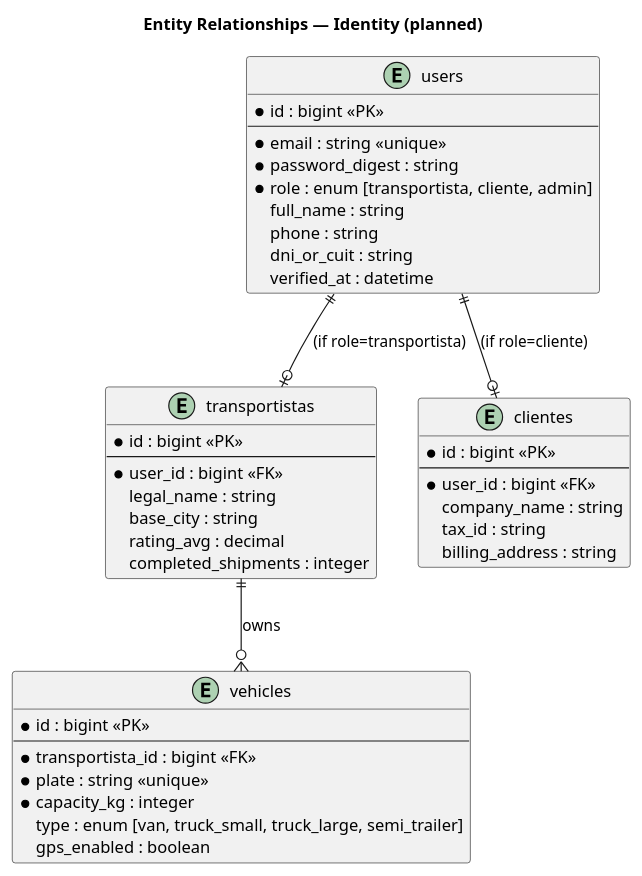
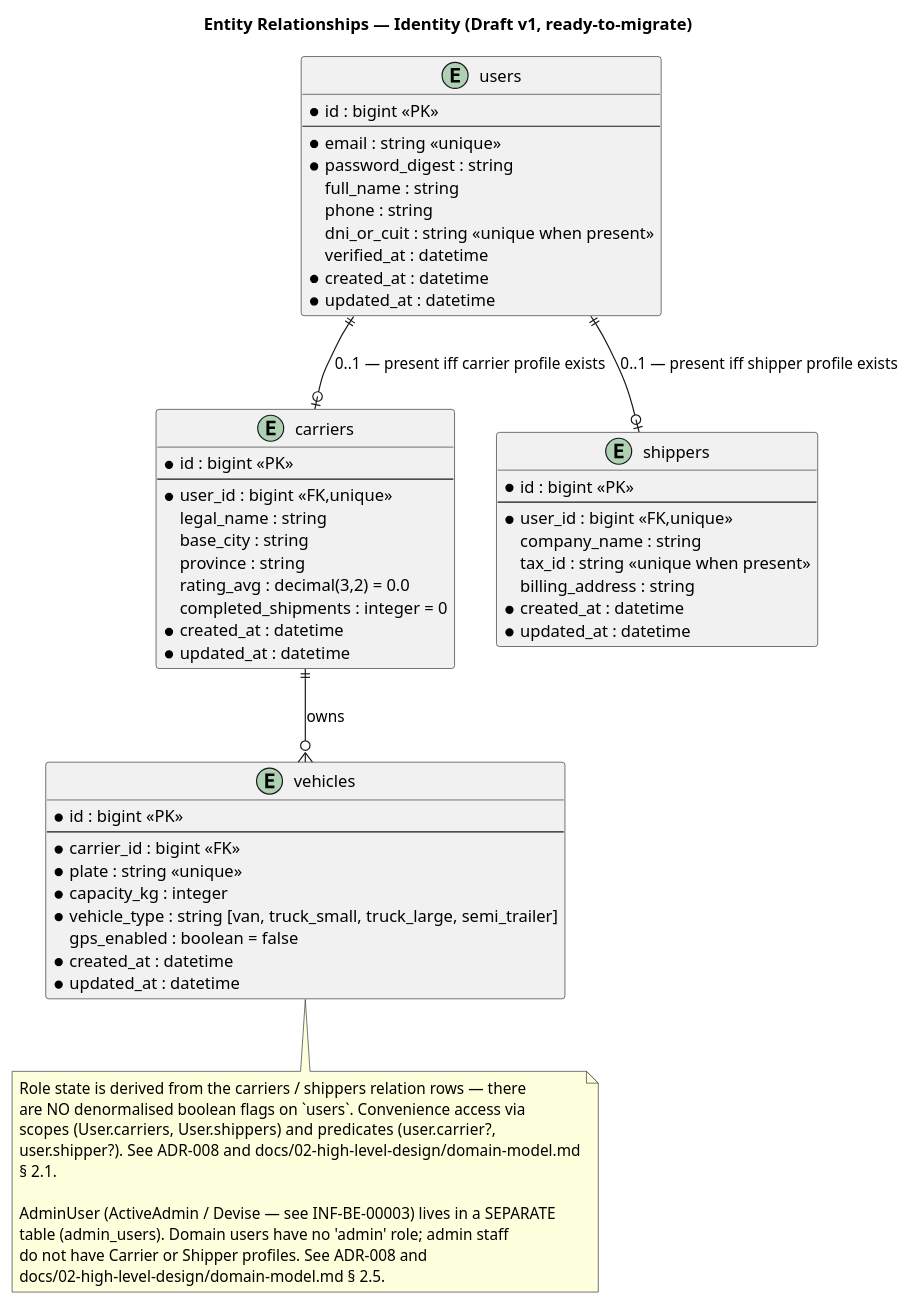
One commit to matias-ferrero/Truckr changed the diagram in docs/04-database-diagrams/erd-identity.puml. Above: the diagram before and after it, drawn with PlantUML. The commit also changed 32 other files, not shown here.

First line of the commit message:
[REQ-BE-00005] docs(domain): draft initial domain model, glossary SoT, and identity spec (#74)

```diff
--- a/docs/04-database-diagrams/erd-identity.puml
+++ b/docs/04-database-diagrams/erd-identity.puml
@@ -1,49 +1,70 @@
 @startuml erd-identity
-title Entity Relationships — Identity (planned)
+title Entity Relationships — Identity (Draft v1, ready-to-migrate)
 
 entity "users" as user {
   * id : bigint <<PK>>
   --
   * email : string <<unique>>
   * password_digest : string
-  * role : enum [transportista, cliente, admin]
   full_name : string
   phone : string
-  dni_or_cuit : string
+  dni_or_cuit : string <<unique when present>>
   verified_at : datetime
+  * created_at : datetime
+  * updated_at : datetime
 }
 
-entity "transportistas" as t {
+entity "carriers" as carrier {
   * id : bigint <<PK>>
   --
-  * user_id : bigint <<FK>>
+  * user_id : bigint <<FK,unique>>
   legal_name : string
   base_city : string
-  rating_avg : decimal
-  completed_shipments : integer
+  province : string
+  rating_avg : decimal(3,2) = 0.0
+  completed_shipments : integer = 0
+  * created_at : datetime
+  * updated_at : datetime
 }
 
-entity "clientes" as c {
+entity "shippers" as shipper {
   * id : bigint <<PK>>
   --
-  * user_id : bigint <<FK>>
+  * user_id : bigint <<FK,unique>>
   company_name : string
-  tax_id : string
+  tax_id : string <<unique when present>>
   billing_address : string
+  * created_at : datetime
+  * updated_at : datetime
 }
 
-entity "vehicles" as v {
+entity "vehicles" as vehicle {
   * id : bigint <<PK>>
   --
-  * transportista_id : bigint <<FK>>
+  * carrier_id : bigint <<FK>>
   * plate : string <<unique>>
   * capacity_kg : integer
-  type : enum [van, truck_small, truck_large, semi_trailer]
-  gps_enabled : boolean
+  * vehicle_type : string [van, truck_small, truck_large, semi_trailer]
+  gps_enabled : boolean = false
+  * created_at : datetime
+  * updated_at : datetime
 }
 
-user ||--o| t : "(if role=transportista)"
-user ||--o| c : "(if role=cliente)"
-t ||--o{ v : "owns"
+user ||--o| carrier : "0..1 — present iff carrier profile exists"
+user ||--o| shipper : "0..1 — present iff shipper profile exists"
+carrier ||--o{ vehicle : "owns"
+
+note bottom
+  Role state is derived from the carriers / shippers relation rows — there
+  are NO denormalised boolean flags on `users`. Convenience access via
+  scopes (User.carriers, User.shippers) and predicates (user.carrier?,
+  user.shipper?). See ADR-008 and docs/02-high-level-design/domain-model.md
+  § 2.1.
+
+  AdminUser (ActiveAdmin / Devise — see INF-BE-00003) lives in a SEPARATE
+  table (admin_users). Domain users have no 'admin' role; admin staff
+  do not have Carrier or Shipper profiles. See ADR-008 and
+  docs/02-high-level-design/domain-model.md § 2.5.
+end note
 
 @enduml
```
